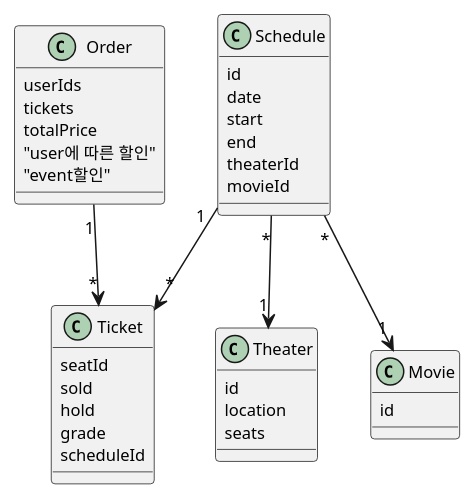
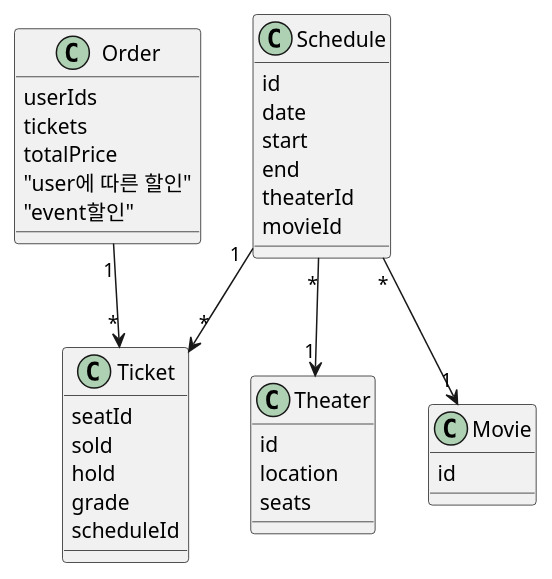
The diagram in docs/classes.md (hunjuly/nestjs), drawn with PlantUML before and after one commit. The commit also changed 2 other files, not shown here.

````diff
--- a/docs/classes.md
+++ b/docs/classes.md
@@ -32,46 +32,44 @@
 ```plantuml
 @startuml title
-skinparam shadowing false
-skinparam defaultFontSize 11
 
 class Order {
     userIds
     tickets
     totalPrice
     "user에 따른 할인"
     "event할인"
 }
 
 class Ticket{
     seatId
     sold
     hold
     grade
     scheduleId
 }
 
 class Schedule{
     id
     date
     start
     end
     theaterId
     movieId
 }
 
 class Theater{
     id
     location
     seats
 }
 
 class Movie{
     id
 }
 
 Order "1" --> "*" Ticket
 Schedule "1" --> "*" Ticket
 Schedule "*" --> "1" Movie
 Schedule "*" --> "1" Theater
 @enduml
 ```
````
